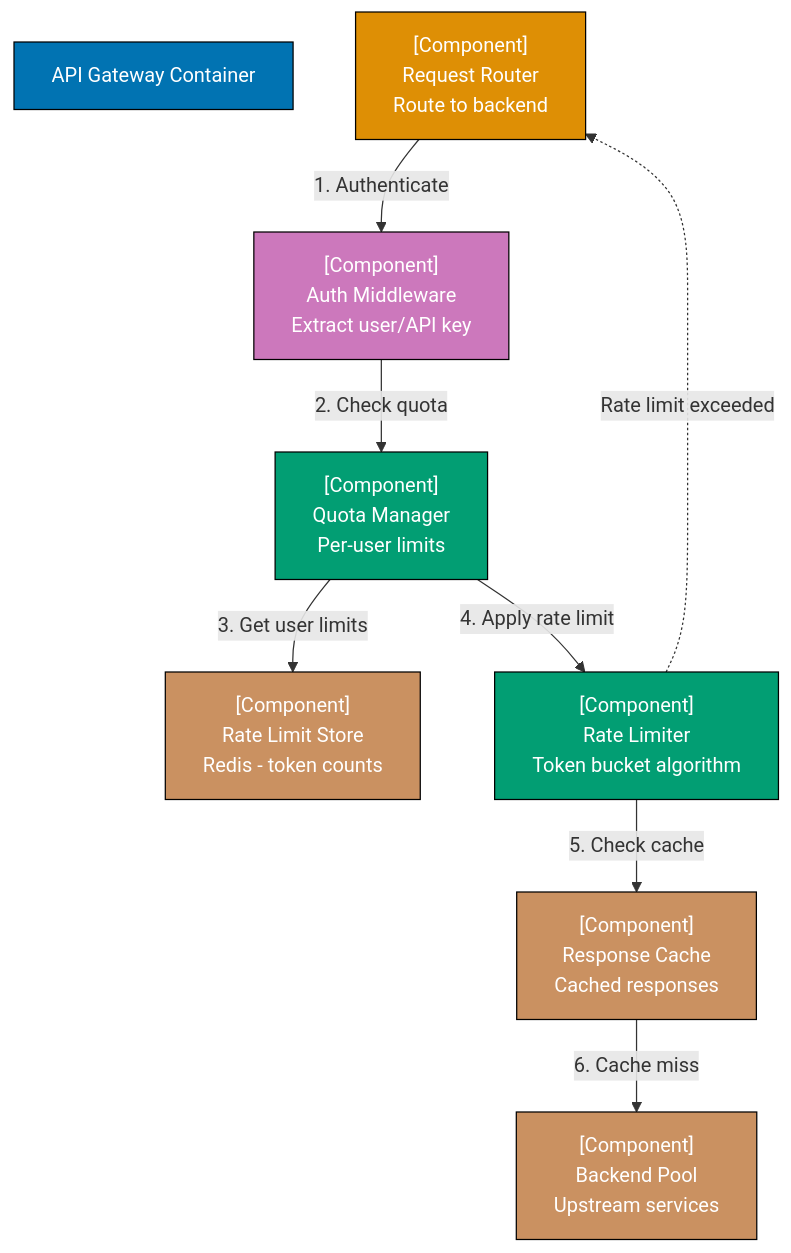
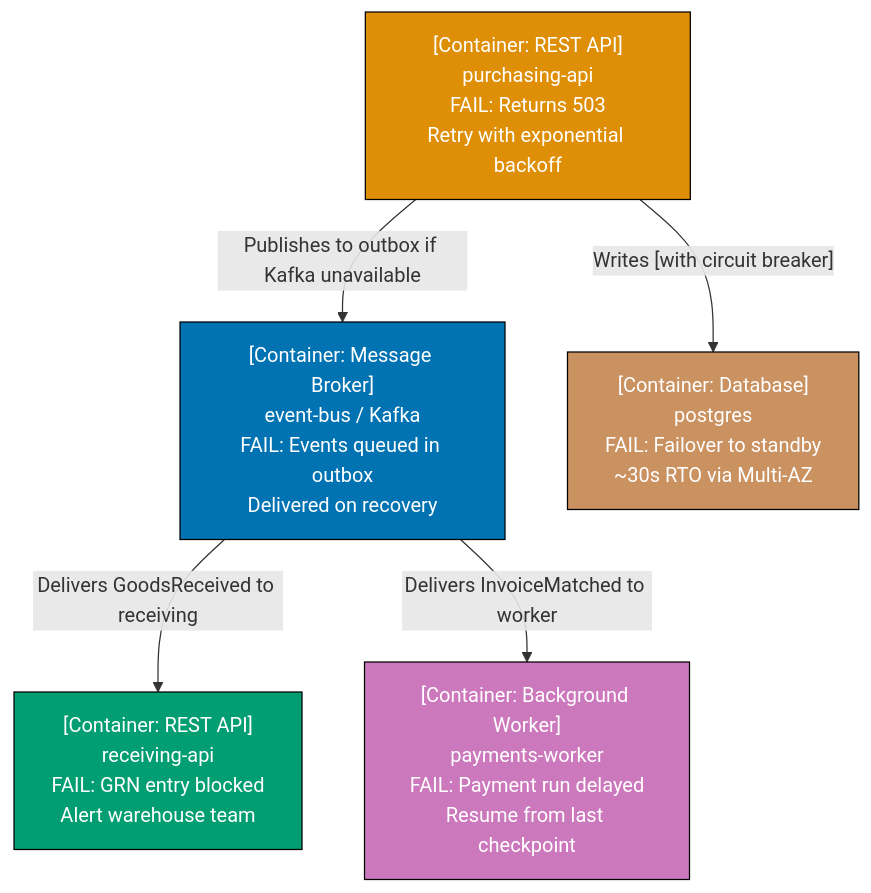
Diagram 11 of 30 in apps/ayokoding-web/content/en/learn/software-engineering/architecture/c4-architecture-model/by-example/intermediate.md (wahidyankf/open-sharia-enterprise), drawn with Mermaid before and after one commit. The commit also changed other lines of this file and 38 other files, not shown here.

First line of the commit message:
docs(ayokoding-web): unify architecture tutorials on shared P2P domain

````diff
--- a/apps/ayokoding-web/content/en/learn/software-engineering/architecture/c4-architecture-model/by-example/intermediate.md
+++ b/apps/ayokoding-web/content/en/learn/software-engineering/architecture/c4-architecture-model/by-example/intermediate.md
@@ -302,34 +424,19 @@
 ```mermaid
 graph TD
-    Gateway["API Gateway Container"]
+    PurchAPI["[Container: REST API]<br/>purchasing-api<br/>FAIL: Returns 503<br/>Retry with exponential backoff"]
+    EventBus["[Container: Message Broker]<br/>event-bus / Kafka<br/>FAIL: Events queued in outbox<br/>Delivered on recovery"]
+    RecvAPI["[Container: REST API]<br/>receiving-api<br/>FAIL: GRN entry blocked<br/>Alert warehouse team"]
+    PG["[Container: Database]<br/>postgres<br/>FAIL: Failover to standby<br/>~30s RTO via Multi-AZ"]
+    PayWorker["[Container: Background Worker]<br/>payments-worker<br/>FAIL: Payment run delayed<br/>Resume from last checkpoint"]
 
-    RequestRouter["[Component]<br/>Request Router<br/>Route to backend"]
+    PurchAPI -->|"Publishes to outbox if Kafka unavailable"| EventBus
+    EventBus -->|"Delivers GoodsReceived to receiving"| RecvAPI
+    PurchAPI -->|"Writes [with circuit breaker]"| PG
+    EventBus -->|"Delivers InvoiceMatched to worker"| PayWorker
 
-    RateLimiter["[Component]<br/>Rate Limiter<br/>Token bucket algorithm"]
-    RateLimitStore["[Component]<br/>Rate Limit Store<br/>Redis - token counts"]
-
-    AuthMiddleware["[Component]<br/>Auth Middleware<br/>Extract user/API key"]
-    QuotaManager["[Component]<br/>Quota Manager<br/>Per-user limits"]
-
-    ResponseCache["[Component]<br/>Response Cache<br/>Cached responses"]
-
-    BackendPool["[Component]<br/>Backend Pool<br/>Upstream services"]
-
-    RequestRouter -->|"1. Authenticate"| AuthMiddleware
-    AuthMiddleware -->|"2. Check quota"| QuotaManager
-    QuotaManager -->|"3. Get user limits"| RateLimitStore
-    QuotaManager -->|"4. Apply rate limit"| RateLimiter
-
-    RateLimiter -.->|"Rate limit exceeded"| RequestRouter
-    RateLimiter -->|"5. Check cache"| ResponseCache
-    ResponseCache -->|"6. Cache miss"| BackendPool
-
-    style Gateway fill:#0173B2,stroke:#000,color:#fff
-    style RequestRouter fill:#DE8F05,stroke:#000,color:#fff
-    style RateLimiter fill:#029E73,stroke:#000,color:#fff
-    style RateLimitStore fill:#CA9161,stroke:#000,color:#fff
-    style AuthMiddleware fill:#CC78BC,stroke:#000,color:#fff
-    style QuotaManager fill:#029E73,stroke:#000,color:#fff
-    style ResponseCache fill:#CA9161,stroke:#000,color:#fff
-    style BackendPool fill:#CA9161,stroke:#000,color:#fff
+    style PurchAPI fill:#DE8F05,stroke:#000,color:#fff
+    style EventBus fill:#0173B2,stroke:#000,color:#fff
+    style RecvAPI fill:#029E73,stroke:#000,color:#fff
+    style PG fill:#CA9161,stroke:#000,color:#fff
+    style PayWorker fill:#CC78BC,stroke:#000,color:#fff
 ```
````
